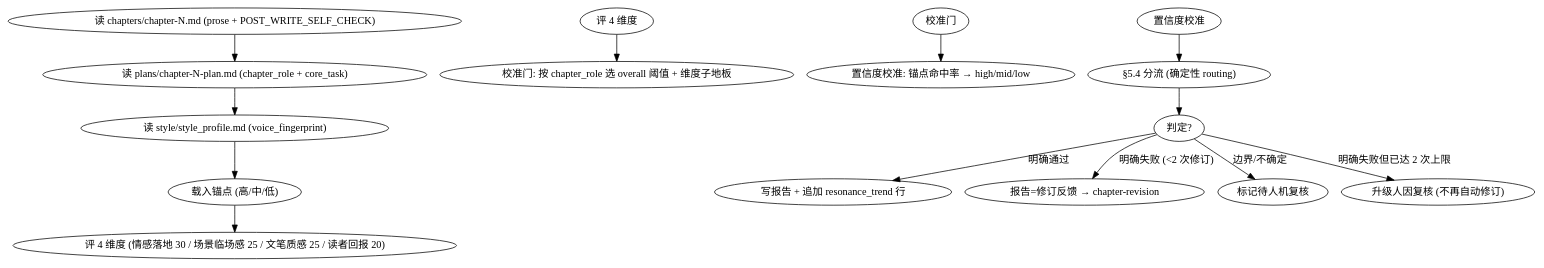
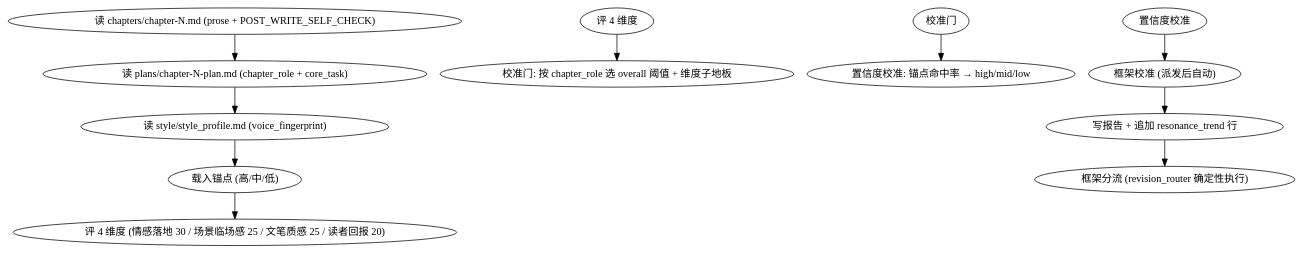
The diagram in skills/shenbi-review-resonance/SKILL.md (ThomasChangX/shenbi), drawn with Graphviz before and after one commit. The commit also changed other lines of this file and 47 other files, not shown here.

````diff
--- a/skills/shenbi-review-resonance/SKILL.md
+++ b/skills/shenbi-review-resonance/SKILL.md
@@ -72,17 +70,14 @@
 ```dot
 digraph review_resonance {
     rankdir=TB;
     "读 chapters/chapter-N.md (prose + POST_WRITE_SELF_CHECK)" -> "读 plans/chapter-N-plan.md (chapter_role + core_task)";
     "读 plans/chapter-N-plan.md (chapter_role + core_task)" -> "读 style/style_profile.md (voice_fingerprint)";
     "读 style/style_profile.md (voice_fingerprint)" -> "载入锚点 (高/中/低)";
     "载入锚点 (高/中/低)" -> "评 4 维度 (情感落地 30 / 场景临场感 25 / 文笔质感 25 / 读者回报 20)";
     "评 4 维度" -> "校准门: 按 chapter_role 选 overall 阈值 + 维度子地板";
     "校准门" -> "置信度校准: 锚点命中率 → high/mid/low";
-    "置信度校准" -> "§5.4 分流 (确定性 routing)";
-    "§5.4 分流 (确定性 routing)" -> "判定?";
-    "判定?" -> "写报告 + 追加 resonance_trend 行" [label="明确通过"];
-    "判定?" -> "报告=修订反馈 → chapter-revision" [label="明确失败 (<2 次修订)"];
-    "判定?" -> "标记待人机复核" [label="边界/不确定"];
-    "判定?" -> "升级人因复核 (不再自动修订)" [label="明确失败但已达 2 次上限"];
+    "置信度校准" -> "框架校准 (派发后自动)";
+    "框架校准 (派发后自动)" -> "写报告 + 追加 resonance_trend 行";
+    "写报告 + 追加 resonance_trend 行" -> "框架分流 (revision_router 确定性执行)";
 }
 ```
````
